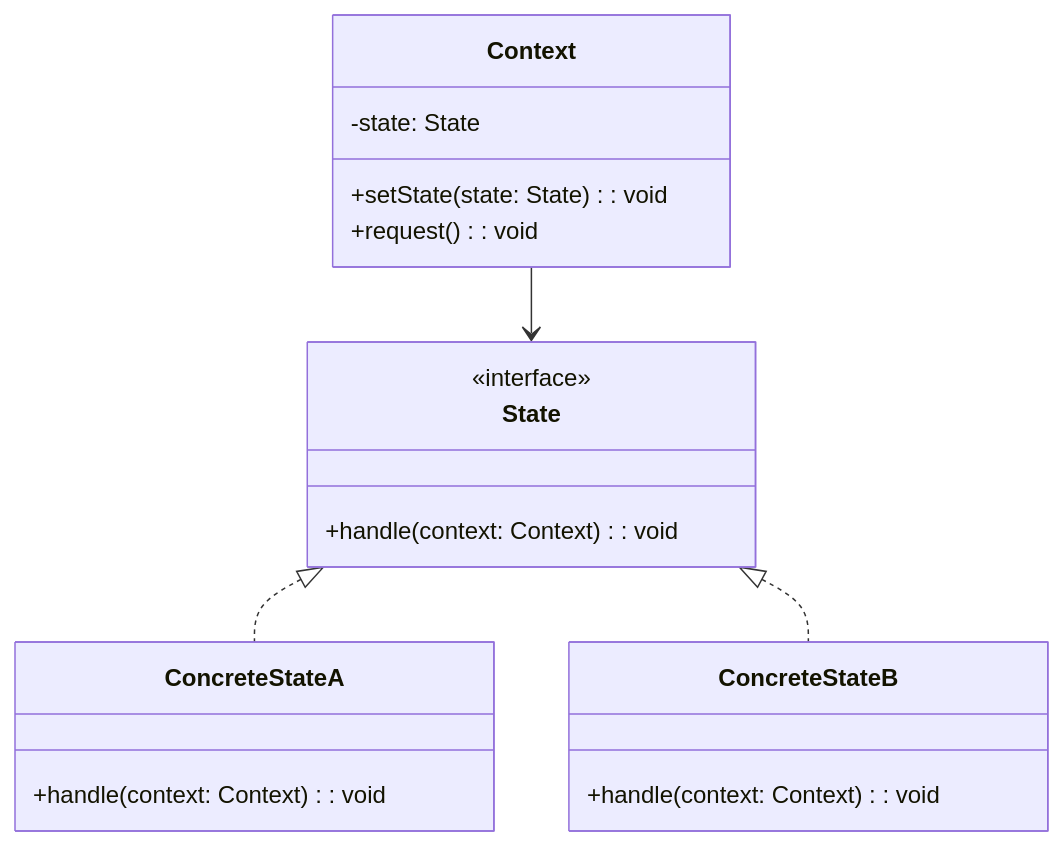
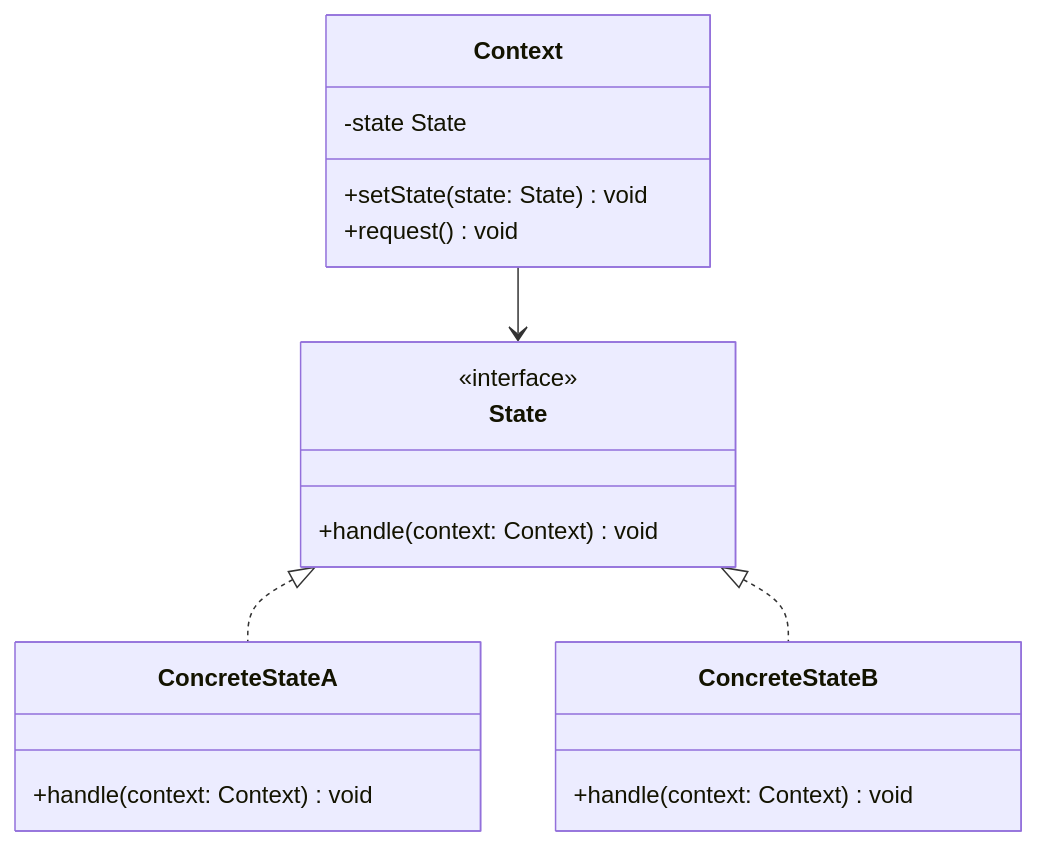
Diagram 21 of 29 in content/posts/教學/分析與設計/Design Pattern教學.md (chihhung/Blog), drawn with Mermaid before and after one commit. The commit also changed other lines of this file and 5 other files, not shown here.

````diff
--- a/content/posts/教學/分析與設計/Design Pattern教學.md
+++ b/content/posts/教學/分析與設計/Design Pattern教學.md
@@ -5584,25 +5584,25 @@
 ```mermaid
 classDiagram
     class Context {
-        -state: State
-        +setState(state: State): void
-        +request(): void
+        -state State
+        +setState(state: State) void
+        +request() void
     }
     
     class State {
         <<interface>>
-        +handle(context: Context): void
+        +handle(context: Context) void
     }
     
     class ConcreteStateA {
-        +handle(context: Context): void
+        +handle(context: Context) void
     }
     
     class ConcreteStateB {
-        +handle(context: Context): void
+        +handle(context: Context) void
     }
     
     Context --> State
     State <|.. ConcreteStateA
     State <|.. ConcreteStateB
 ```
````
